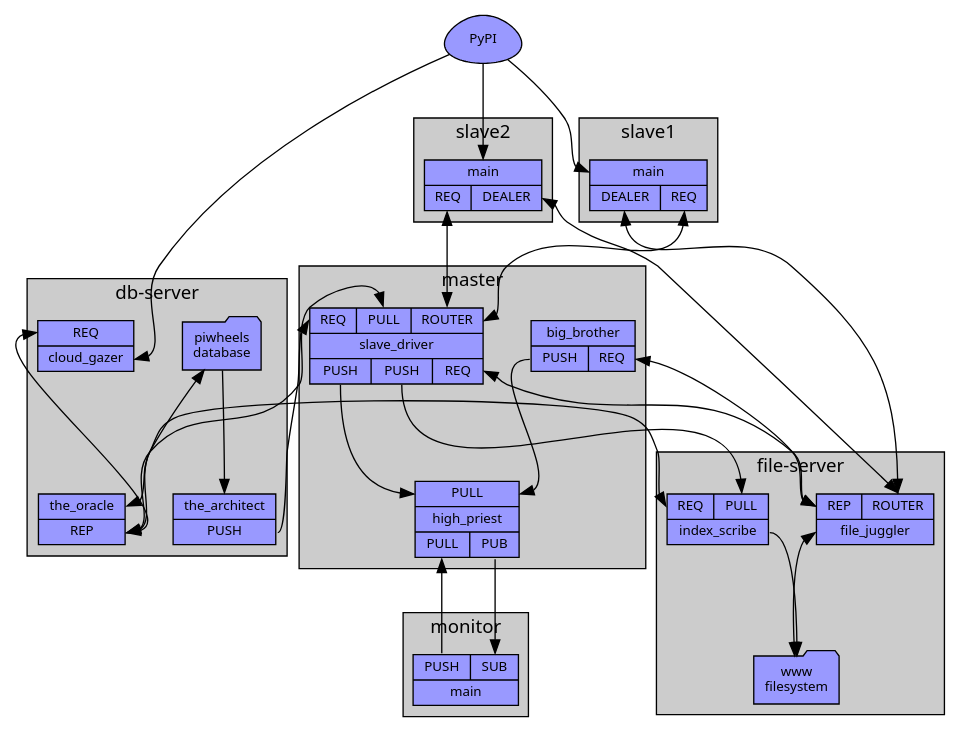
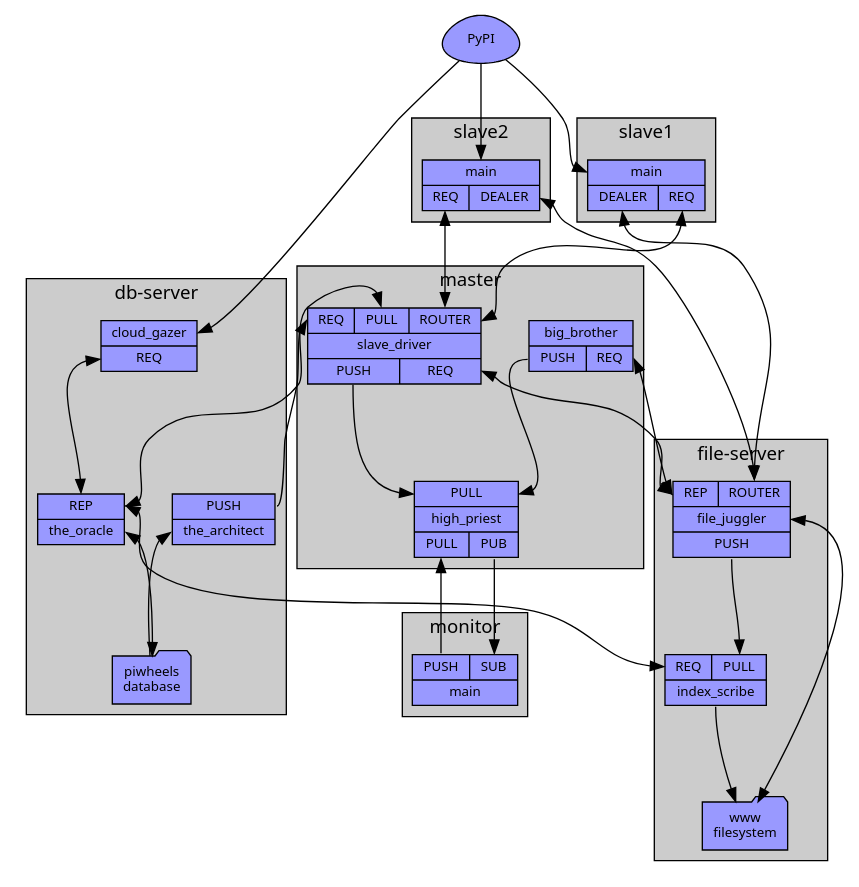
Before and after one commit to piwheels/piwheels: the diagram in docs/master_arch.dot, drawn with Graphviz. The commit also changed 4 other files, not shown here.

```diff
--- a/docs/master_arch.dot
+++ b/docs/master_arch.dot
@@ -1,74 +1,74 @@
 digraph piwheels {
     graph [nodesep=0.5, ranksep=1, style=filled, fontname=Sans, fontsize=14, fillcolor="#cccccc"];
     node [shape=record, fontname=Sans, fontsize=10, style=filled, fillcolor="#9999ff", penwidth=1];
     edge [fontname=Sans, fontsize=8];
 
     pypi [label="PyPI", shape=egg];
 
     subgraph cluster_db_server {
         graph [label="db-server"];
 
-        cloud_gazer [label="{<db>REQ|<t>cloud_gazer}"];
-        the_oracle [label="{<t>the_oracle|<db>REP}"];
-        the_architect [label="{<t>the_architect|<builds>PUSH}"];
+        cloud_gazer [label="{<t>cloud_gazer|<db>REQ}"];
+        the_oracle [label="{<db>REP|<t>the_oracle}"];
+        the_architect [label="{<builds>PUSH|<t>the_architect}"];
         db [label="piwheels\ndatabase", shape=folder];
 
-        db->the_oracle:t [dir=both];
-        db->the_architect:t;
+        the_oracle:t->db [dir=both];
+        the_architect:t->db [dir=back];
     }
 
     subgraph cluster_file_server {
         graph [label="file-server"];
 
-        file_juggler [label="{{<transfers>REP|<slaves>ROUTER}|<t>file_juggler}"];
+        file_juggler [label="{{<transfers>REP|<slaves>ROUTER}|<t>file_juggler|{<indexes>PUSH}}"];
         index_scribe [label="{{<db>REQ|<indexes>PULL}|<t>index_scribe}"];
         fs [label="www\nfilesystem", shape=folder];
 
         index_scribe:t->fs;
         file_juggler:t->fs [dir=both];
     }
 
     subgraph cluster_master {
         graph [label="master"];
 
         high_priest [label="{{<int_status>PULL}|high_priest|{<control>PULL|<ext_status>PUB}}"];
         big_brother [label="{<t>big_brother|{<int_status>PUSH|<transfers>REQ}}"];
-        slave_driver [label="{{<db>REQ|<builds>PULL|<slaves>ROUTER}|<t>slave_driver|{<int_status>PUSH|<indexes>PUSH|<transfers>REQ}}"];
+        slave_driver [label="{{<db>REQ|<builds>PULL|<slaves>ROUTER}|<t>slave_driver|{<int_status>PUSH|<transfers>REQ}}"];
 
         big_brother:int_status->high_priest:int_status;
         slave_driver:int_status->high_priest:int_status;
     }
 
     subgraph cluster_monitor {
         graph [label="monitor"];
         monitor [label="{{<control>PUSH|<status>SUB}|<t>main}"];
     }
 
     subgraph cluster_slave1 {
         graph [label="slave1"];
         slave1 [label="{<t>main|{<files>DEALER|<builds>REQ}}"];
     }
 
     subgraph cluster_slave2 {
         graph [label="slave2"];
         slave2 [label="{<t>main|{<builds>REQ|<files>DEALER}}"];
     }
 
     pypi->cloud_gazer:t;
     pypi->slave1:t;
     pypi->slave2:t;
     slave1:builds->slave_driver:slaves [dir=both];
     slave2:builds->slave_driver:slaves [dir=both];
     slave1:files->file_juggler:slaves [dir=both];
     slave2:files->file_juggler:slaves [dir=both];
     high_priest:ext_status->monitor:status;
     monitor:control->high_priest:control;
 
     the_architect:builds->slave_driver:builds;
     cloud_gazer:db->the_oracle:db [dir=both];
-    slave_driver:indexes->index_scribe:indexes;
+    file_juggler:indexes->index_scribe:indexes;
     index_scribe:db->the_oracle:db [dir=both];
     big_brother:transfers->file_juggler:transfers [dir=both];
     slave_driver:transfers->file_juggler:transfers [dir=both];
     slave_driver:db->the_oracle:db [dir=both];
 }
```
